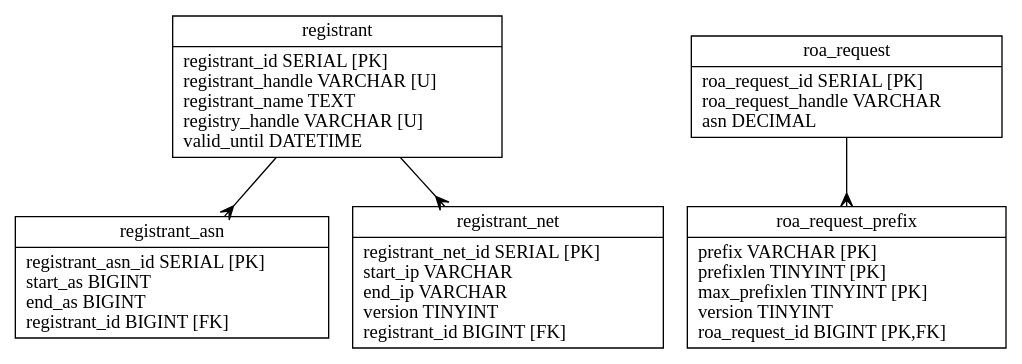
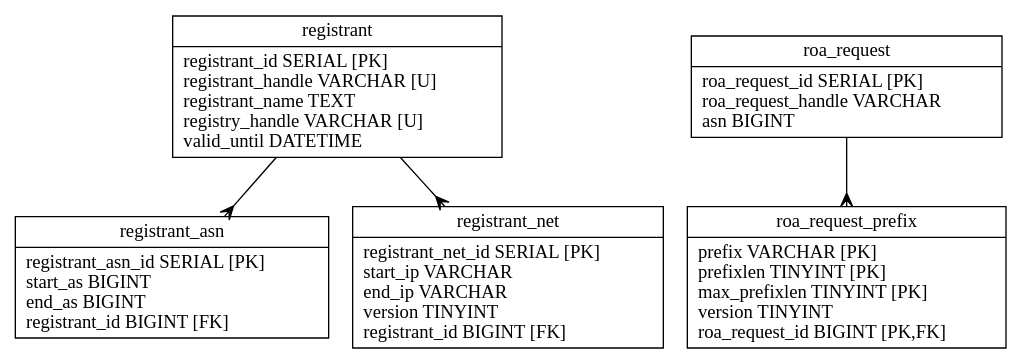
One commit to dragonresearch/rpki.net changed the diagram in rpkid/doc/irdbd.dot. Above: the diagram before and after it, drawn with Graphviz. The commit also changed 9 other files, not shown here.

```diff
--- a/rpkid/doc/irdbd.dot
+++ b/rpkid/doc/irdbd.dot
@@ -1,15 +1,15 @@
 // Automatically generated from irdbd.sql
 
 digraph test {
 	edge [arrowtail=none, arrowhead=crow];
 	graph [ratio=fill, overlap=false, bgcolor=white];
 	node [label="\N", fillcolor=white, shape=record, style=filled];
 	registrant [label="{registrant\n|registrant_id\ SERIAL\ [PK]\lregistrant_handle\ VARCHAR\ [U]\lregistrant_name\ TEXT\lregistry_handle\ VARCHAR\ [U]\lvalid_until\ DATETIME\l}"];
 	registrant_asn [label="{registrant_asn\n|registrant_asn_id\ SERIAL\ [PK]\lstart_as\ BIGINT\lend_as\ BIGINT\lregistrant_id\ BIGINT\ [FK]\l}"];
 	registrant_net [label="{registrant_net\n|registrant_net_id\ SERIAL\ [PK]\lstart_ip\ VARCHAR\lend_ip\ VARCHAR\lversion\ TINYINT\lregistrant_id\ BIGINT\ [FK]\l}"];
-	roa_request [label="{roa_request\n|roa_request_id\ SERIAL\ [PK]\lroa_request_handle\ VARCHAR\lasn\ DECIMAL\l}"];
+	roa_request [label="{roa_request\n|roa_request_id\ SERIAL\ [PK]\lroa_request_handle\ VARCHAR\lasn\ BIGINT\l}"];
 	roa_request_prefix [label="{roa_request_prefix\n|prefix\ VARCHAR\ [PK]\lprefixlen\ TINYINT\ [PK]\lmax_prefixlen\ TINYINT\ [PK]\lversion\ TINYINT\lroa_request_id\ BIGINT\ [PK,FK]\l}"];
 	registrant -> registrant_asn;
 	registrant -> registrant_net;
 	roa_request -> roa_request_prefix;
 }
```
